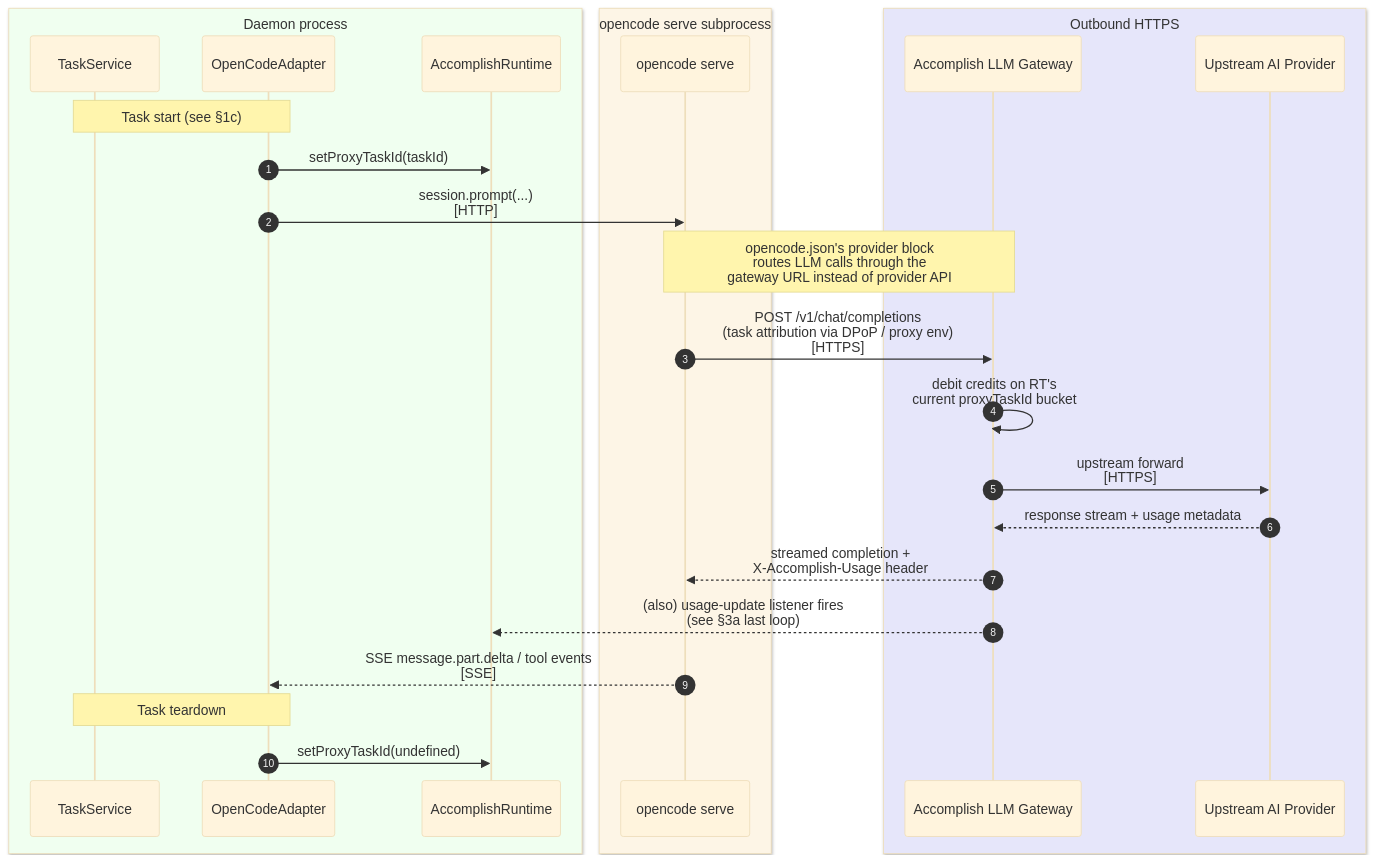
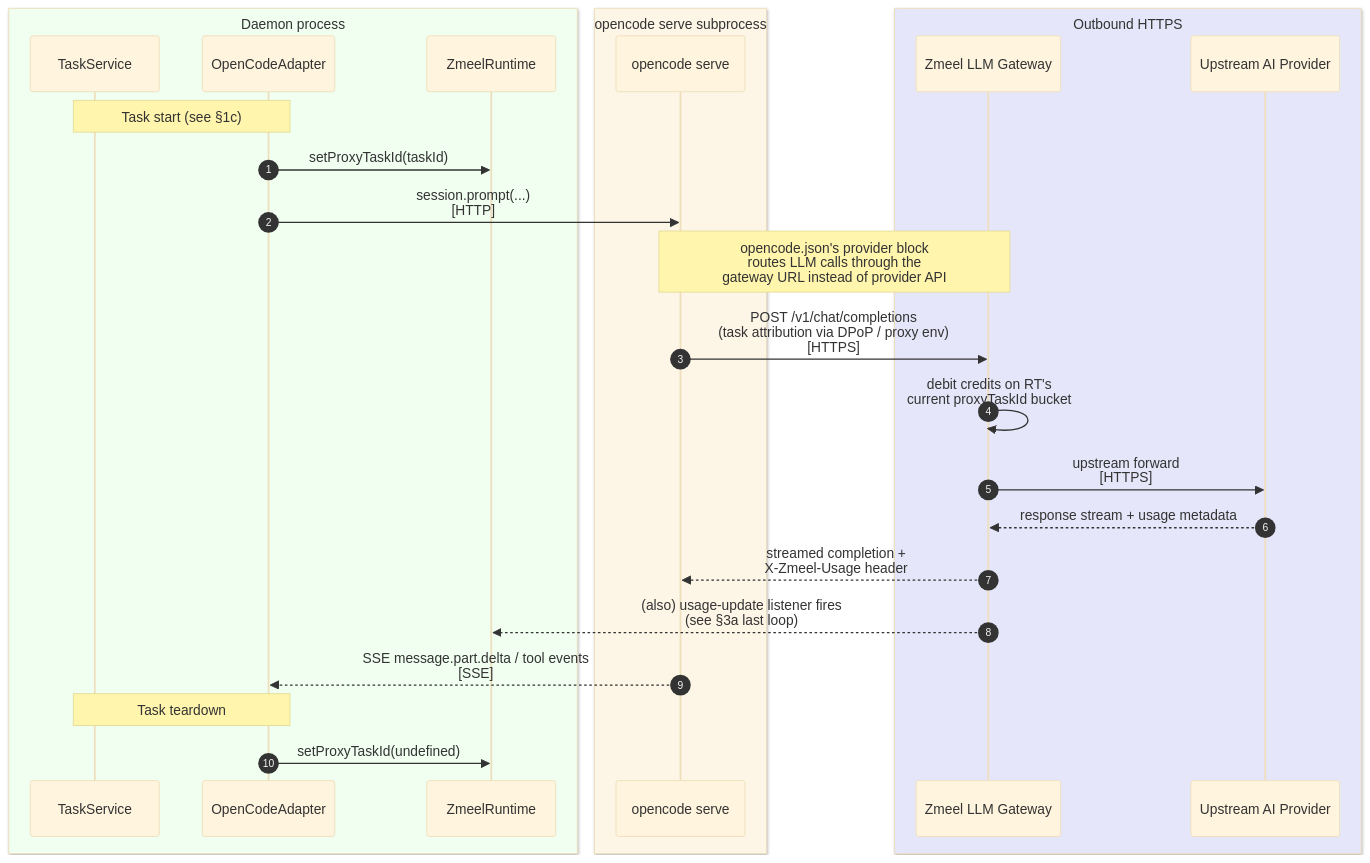
One commit to samskipsai/zmeelv60 changed the tenth of 10 diagrams in docs/functional-sequence-diagrams.md. Above: the diagram before and after it, drawn with Mermaid (base theme). The commit also changed other lines of this file and 520 other files, not shown here.

First line of the commit message:
rebrand: Accomplish -> Zmeel Desktop

````diff
--- a/docs/functional-sequence-diagrams.md
+++ b/docs/functional-sequence-diagrams.md
@@ -396,34 +396,34 @@
 ```mermaid
 sequenceDiagram
     autonumber
     box honeydew Daemon process
       participant TS as TaskService
       participant A as OpenCodeAdapter
-      participant RT as AccomplishRuntime
+      participant RT as ZmeelRuntime
     end
     box oldlace opencode serve subprocess
       participant OC as opencode serve
     end
     box lavender Outbound HTTPS
-      participant GW as Accomplish LLM Gateway
+      participant GW as Zmeel LLM Gateway
       participant AI as Upstream AI Provider
     end
 
     Note over TS,A: Task start (see §1c)
     A->>RT: setProxyTaskId(taskId)
 
     A->>OC: session.prompt(...)<br/>[HTTP]
 
     Note over OC,GW: opencode.json's provider block<br/>routes LLM calls through the<br/>gateway URL instead of provider API
 
     OC->>GW: POST /v1/chat/completions<br/>(task attribution via DPoP / proxy env)<br/>[HTTPS]
     GW->>GW: debit credits on RT's<br/>current proxyTaskId bucket
     GW->>AI: upstream forward<br/>[HTTPS]
     AI-->>GW: response stream + usage metadata
-    GW-->>OC: streamed completion +<br/>X-Accomplish-Usage header
+    GW-->>OC: streamed completion +<br/>X-Zmeel-Usage header
     GW-->>RT: (also) usage-update listener fires<br/>(see §3a last loop)
     OC-->>A: SSE message.part.delta / tool events<br/>[SSE]
 
     Note over A,TS: Task teardown
     A->>RT: setProxyTaskId(undefined)
 ```
````
